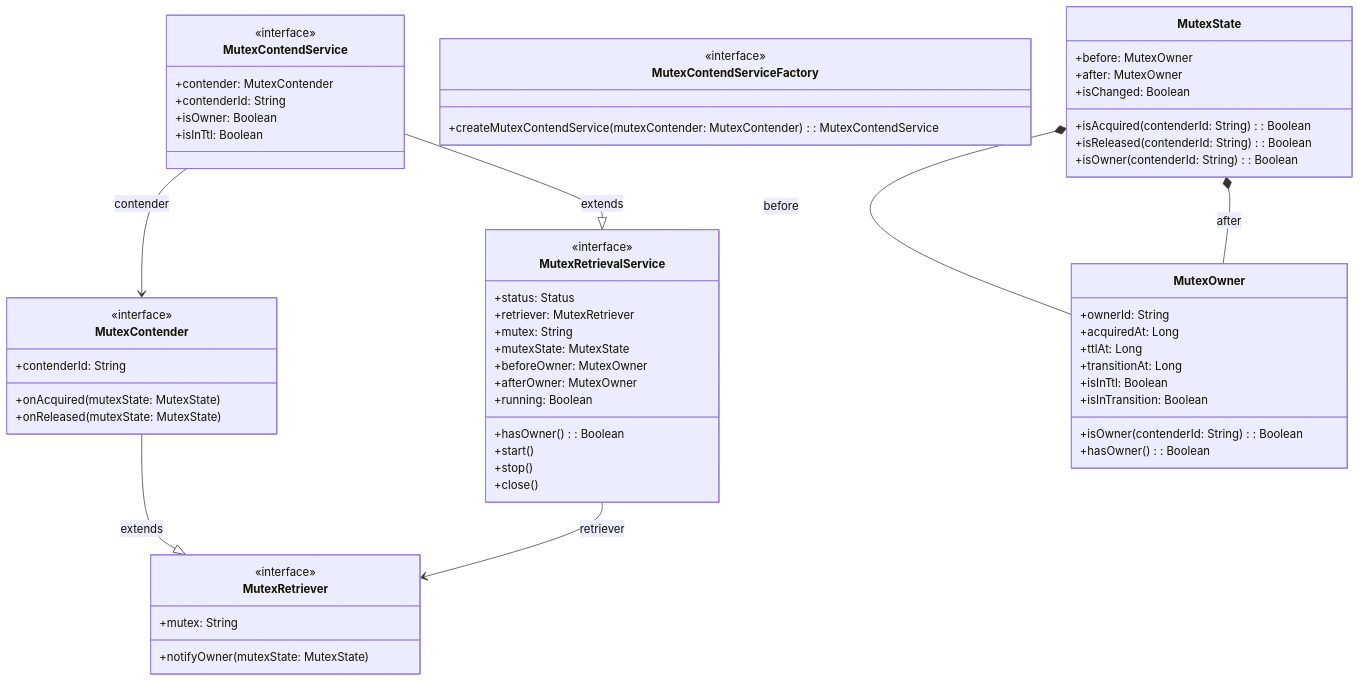
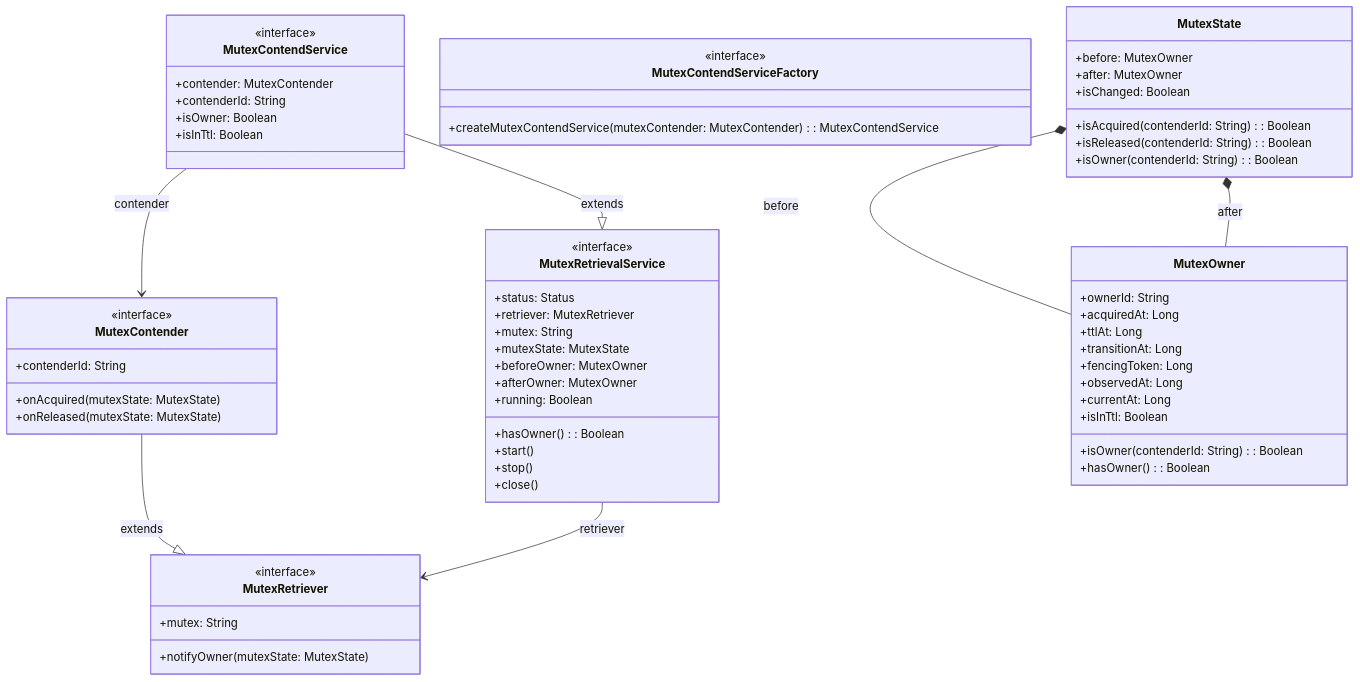
Before and after one commit to Ahoo-Wang/Simba: the first of 4 diagrams in wiki/api/core-interfaces.md, drawn with Mermaid. The commit also changed other lines of this file and 29 other files, not shown here.

````diff
--- a/wiki/api/core-interfaces.md
+++ b/wiki/api/core-interfaces.md
@@ -12,64 +12,66 @@
 ```mermaid
 classDiagram
     class MutexRetriever {
         <<interface>>
         +mutex: String
         +notifyOwner(mutexState: MutexState)
     }
     class MutexContender {
         <<interface>>
         +contenderId: String
         +onAcquired(mutexState: MutexState)
         +onReleased(mutexState: MutexState)
     }
     class MutexRetrievalService {
         <<interface>>
         +status: Status
         +retriever: MutexRetriever
         +mutex: String
         +mutexState: MutexState
         +beforeOwner: MutexOwner
         +afterOwner: MutexOwner
         +hasOwner(): Boolean
         +running: Boolean
         +start()
         +stop()
         +close()
     }
     class MutexContendService {
         <<interface>>
         +contender: MutexContender
         +contenderId: String
         +isOwner: Boolean
         +isInTtl: Boolean
     }
     class MutexContendServiceFactory {
         <<interface>>
         +createMutexContendService(mutexContender: MutexContender): MutexContendService
     }
     class MutexOwner {
         +ownerId: String
         +acquiredAt: Long
         +ttlAt: Long
         +transitionAt: Long
         +isOwner(contenderId: String): Boolean
+        +fencingToken: Long
+        +observedAt: Long
+        +currentAt: Long
         +isInTtl: Boolean
-        +isInTransition: Boolean
         +hasOwner(): Boolean
     }
     class MutexState {
         +before: MutexOwner
         +after: MutexOwner
         +isChanged: Boolean
         +isAcquired(contenderId: String): Boolean
         +isReleased(contenderId: String): Boolean
         +isOwner(contenderId: String): Boolean
     }
 
     MutexContender --|> MutexRetriever : extends
     MutexContendService --|> MutexRetrievalService : extends
     MutexState *-- MutexOwner : before
     MutexState *-- MutexOwner : after
     MutexRetrievalService --> MutexRetriever : retriever
     MutexContendService --> MutexContender : contender
 ```
````
